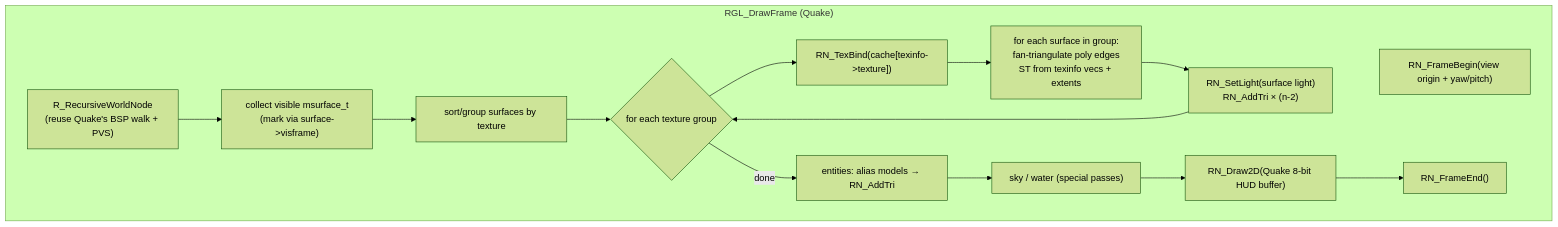
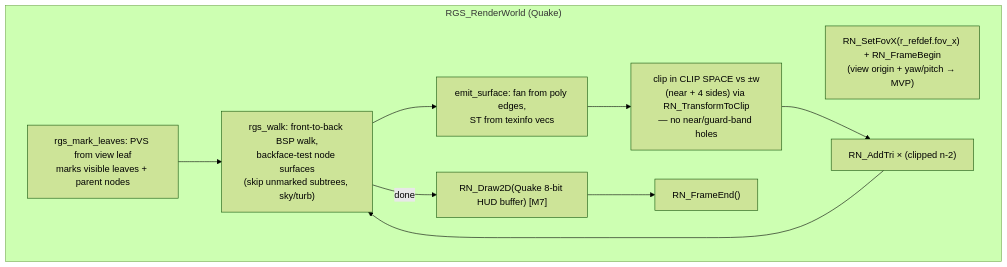
One commit to Arawn-Davies/ps2quake changed the fifth of 9 diagrams in docs/gs-renderer.md. Above: the diagram before and after it, drawn with Mermaid (forest theme). The commit also changed other lines of this file and 6 other files, not shown here.

First line of the commit message:
GS renderer M2c/M2d: culling, clip-space clipping, video modes

````diff
--- a/docs/gs-renderer.md
+++ b/docs/gs-renderer.md
@@ -197,18 +198,14 @@
 ```mermaid
 flowchart TD
-    subgraph PERFRAME["RGL_DrawFrame (Quake)"]
-        S0["RN_FrameBegin(view origin + yaw/pitch)"]
-        S1["R_RecursiveWorldNode<br/>(reuse Quake's BSP walk + PVS)"]
-        S1 --> S2["collect visible msurface_t<br/>(mark via surface->visframe)"]
-        S2 --> S3["sort/group surfaces by texture"]
-        S3 --> S4{"for each texture group"}
-        S4 --> S5["RN_TexBind(cache[texinfo->texture])"]
-        S5 --> S6["for each surface in group:<br/>fan-triangulate poly edges<br/>ST from texinfo vecs + extents"]
-        S6 --> S7["RN_SetLight(surface light)<br/>RN_AddTri × (n-2)"]
-        S7 --> S4
-        S4 -->|done| S8["entities: alias models → RN_AddTri"]
-        S8 --> S9["sky / water (special passes)"]
-        S9 --> S10["RN_Draw2D(Quake 8-bit HUD buffer)"]
+    subgraph PERFRAME["RGS_RenderWorld (Quake)"]
+        S0["RN_SetFovX(r_refdef.fov_x) + RN_FrameBegin<br/>(view origin + yaw/pitch → MVP)"]
+        S1["rgs_mark_leaves: PVS from view leaf<br/>marks visible leaves + parent nodes"]
+        S1 --> S2["rgs_walk: front-to-back BSP walk,<br/>backface-test node surfaces<br/>(skip unmarked subtrees, sky/turb)"]
+        S2 --> S6["emit_surface: fan from poly edges,<br/>ST from texinfo vecs"]
+        S6 --> SC["clip in CLIP SPACE vs ±w<br/>(near + 4 sides) via RN_TransformToClip<br/>— no near/guard-band holes"]
+        SC --> S7["RN_AddTri × (clipped n-2)"]
+        S7 --> S2
+        S2 -->|done| S10["RN_Draw2D(Quake 8-bit HUD buffer) [M7]"]
         S10 --> S11["RN_FrameEnd()"]
     end
 ```
````
